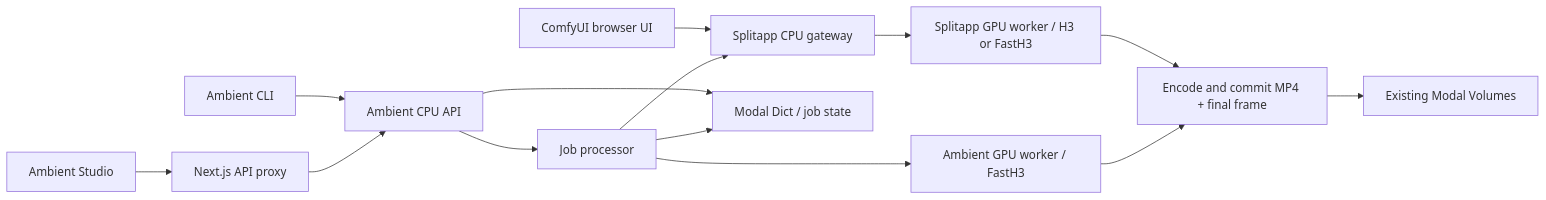
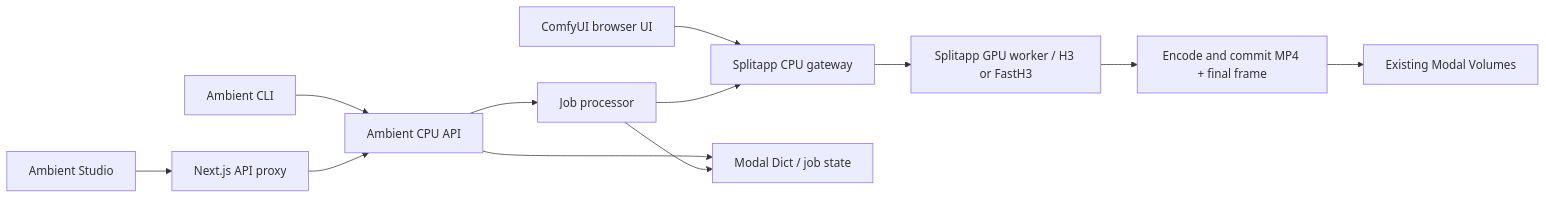
The diagram in docs/ambient.md (hndrr/modal-comfyui-deploy), drawn with Mermaid before and after one commit. The commit also changed other lines of this file and 14 other files, not shown here.

````diff
--- a/docs/ambient.md
+++ b/docs/ambient.md
@@ -28,16 +30,14 @@
 ```mermaid
 flowchart LR
     CLI[Ambient CLI] --> API
     Studio[Ambient Studio] --> Proxy[Next.js API proxy]
     Proxy --> API[Ambient CPU API]
     API --> Processor[Job processor]
     ComfyUI[ComfyUI browser UI] --> Gateway[Splitapp CPU gateway]
     Processor --> Gateway
     Gateway --> H3[Splitapp GPU worker / H3 or FastH3]
-    Processor --> Fast[Ambient GPU worker / FastH3]
     H3 --> Storage[Encode and commit MP4 + final frame]
-    Fast --> Storage
     Storage --> Volumes[Existing Modal Volumes]
     API --> Dict[Modal Dict / job state]
     Processor --> Dict
 ```
````
